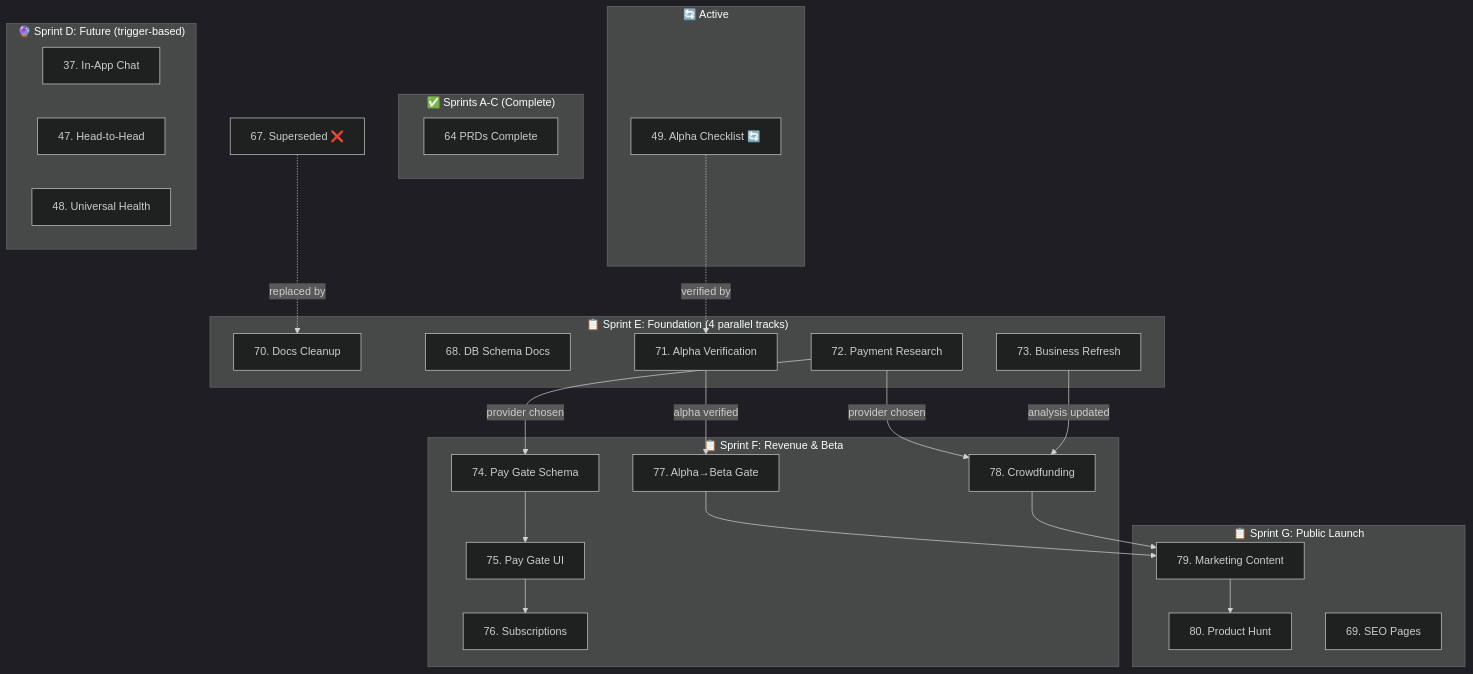
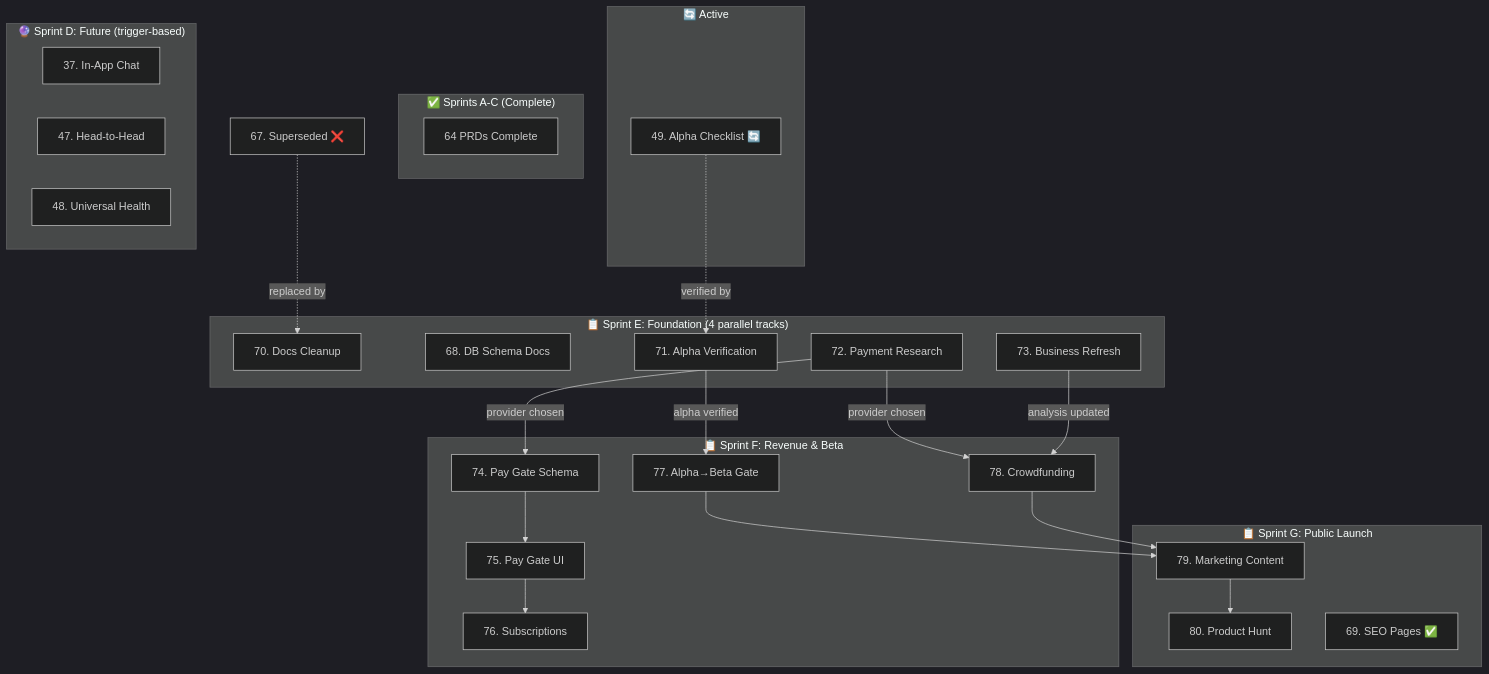
The diagram in docs/prds/admin-feedback-system/PRD_00_Index.md (vassovass/scl-v3), drawn with Mermaid (dark theme) before and after one commit. The commit also changed other lines of this file and 1 other file, not shown here.

First line of the commit message:
docs(prd): PRD 69 → Complete — SEO content pages verified as implemented

````diff
--- a/docs/prds/admin-feedback-system/PRD_00_Index.md
+++ b/docs/prds/admin-feedback-system/PRD_00_Index.md
@@ -358,57 +358,57 @@
 ```mermaid
 graph TD
     subgraph "✅ Sprints A-C (Complete)"
         DONE[64 PRDs Complete]
     end
 
     subgraph "🔄 Active"
         PRD49[49. Alpha Checklist 🔄]
     end
 
     subgraph "🔮 Sprint D: Future (trigger-based)"
         PRD37[37. In-App Chat]
         PRD47[47. Head-to-Head]
         PRD48[48. Universal Health]
     end
 
     subgraph "📋 Sprint E: Foundation (4 parallel tracks)"
         PRD70[70. Docs Cleanup]
         PRD68[68. DB Schema Docs]
         PRD71[71. Alpha Verification]
         PRD72[72. Payment Research]
         PRD73[73. Business Refresh]
     end
 
     subgraph "📋 Sprint F: Revenue & Beta"
         PRD74[74. Pay Gate Schema]
         PRD75[75. Pay Gate UI]
         PRD76[76. Subscriptions]
         PRD77[77. Alpha→Beta Gate]
         PRD78[78. Crowdfunding]
     end
 
     subgraph "📋 Sprint G: Public Launch"
         PRD79[79. Marketing Content]
         PRD80[80. Product Hunt]
-        PRD69[69. SEO Pages]
+        PRD69[69. SEO Pages ✅]
     end
 
     %% Sprint E → F dependencies
     PRD49 -.->|verified by| PRD71
     PRD72 -->|provider chosen| PRD74
     PRD72 -->|provider chosen| PRD78
     PRD73 -->|analysis updated| PRD78
     PRD71 -->|alpha verified| PRD77
 
     %% Sprint F internal
     PRD74 --> PRD75
     PRD75 --> PRD76
 
     %% Sprint F → G dependencies
     PRD77 --> PRD79
     PRD78 --> PRD79
     PRD79 --> PRD80
 
     %% Superseded
     PRD67[67. Superseded ❌] -.->|replaced by| PRD70
 ```
````
